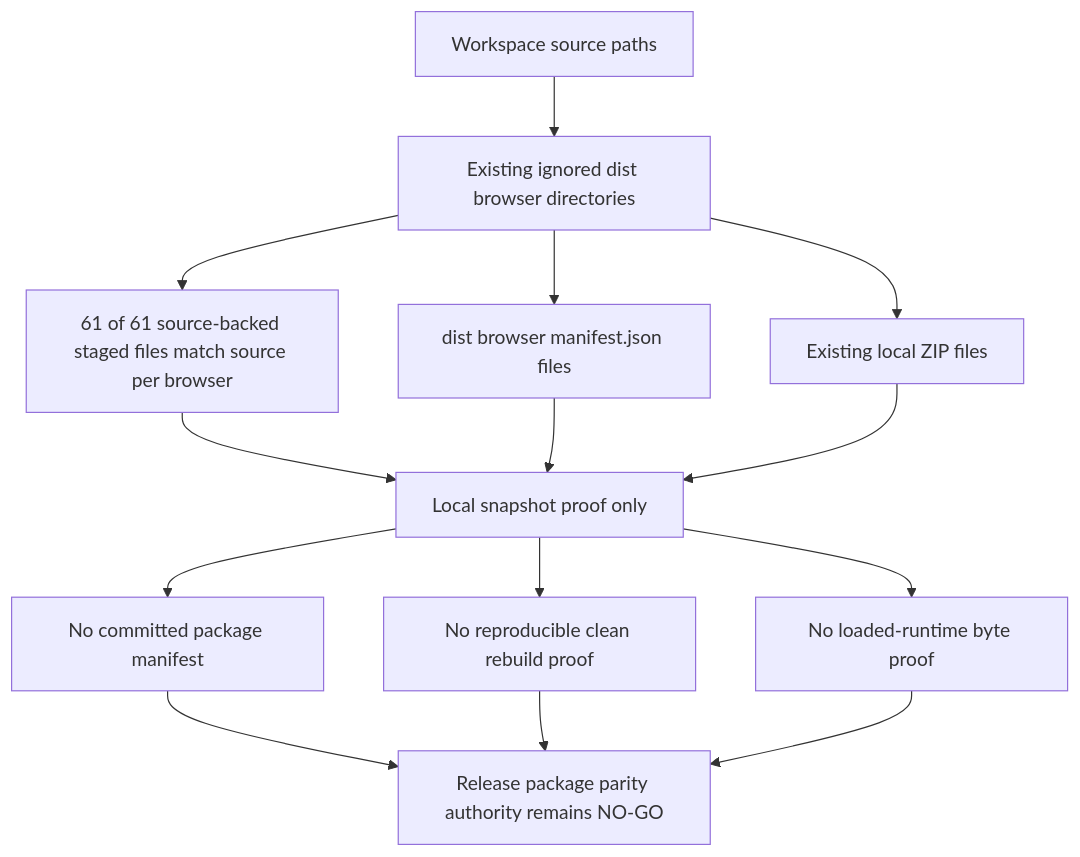
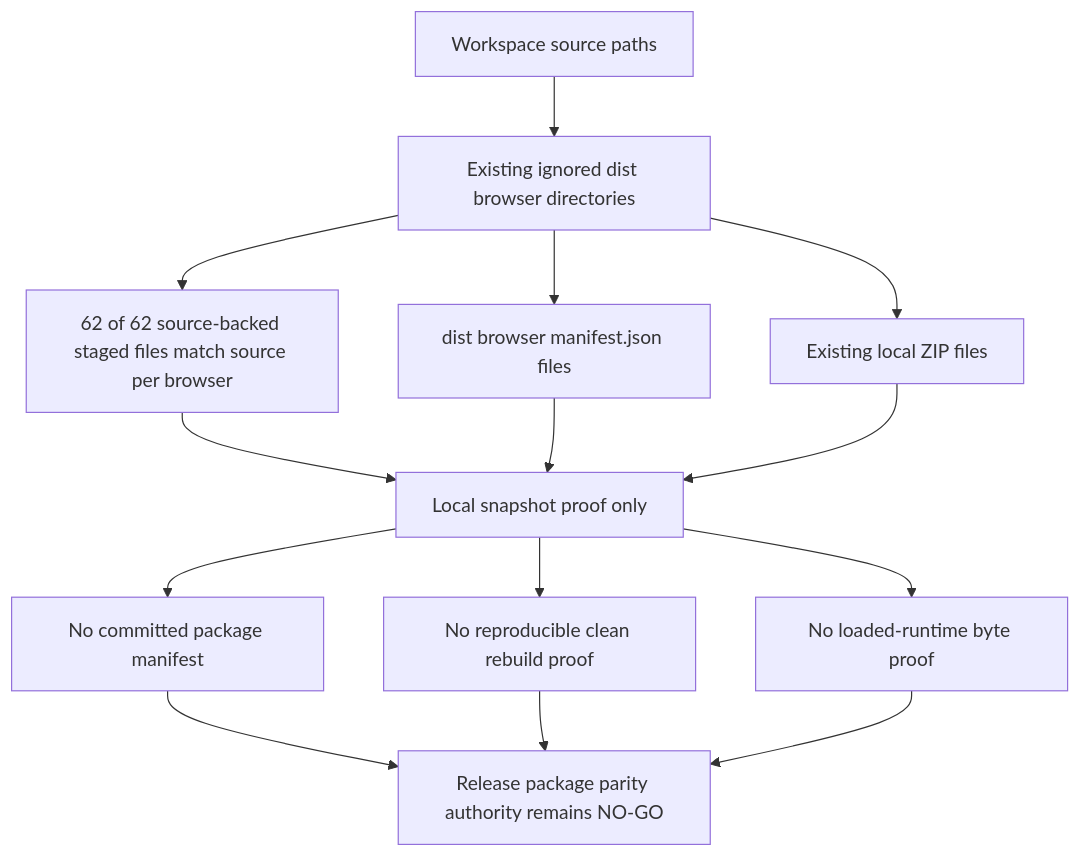
One commit to varshneydevansh/FilterTube changed the ninth of 9 diagrams in docs/audit/FILTERTUBE_P0_RELEASE_PACKAGE_CURRENT_BEHAVIOR_2026-05-19.md. Above: the diagram before and after it, drawn with Mermaid. The commit also changed other lines of this file and 35 other files, not shown here.

````diff
--- a/docs/audit/FILTERTUBE_P0_RELEASE_PACKAGE_CURRENT_BEHAVIOR_2026-05-19.md
+++ b/docs/audit/FILTERTUBE_P0_RELEASE_PACKAGE_CURRENT_BEHAVIOR_2026-05-19.md
@@ -716,16 +716,16 @@
 ```mermaid
 flowchart TD
   A["Workspace source paths"] --> B["Existing ignored dist browser directories"]
-  B --> C["61 of 61 source-backed staged files match source per browser"]
+  B --> C["62 of 62 source-backed staged files match source per browser"]
   B --> D["dist browser manifest.json files"]
   B --> E["Existing local ZIP files"]
   C --> F["Local snapshot proof only"]
   D --> F
   E --> F
   F --> G["No committed package manifest"]
   F --> H["No reproducible clean rebuild proof"]
   F --> I["No loaded-runtime byte proof"]
   G --> J["Release package parity authority remains NO-GO"]
   H --> J
   I --> J
 ```
````
